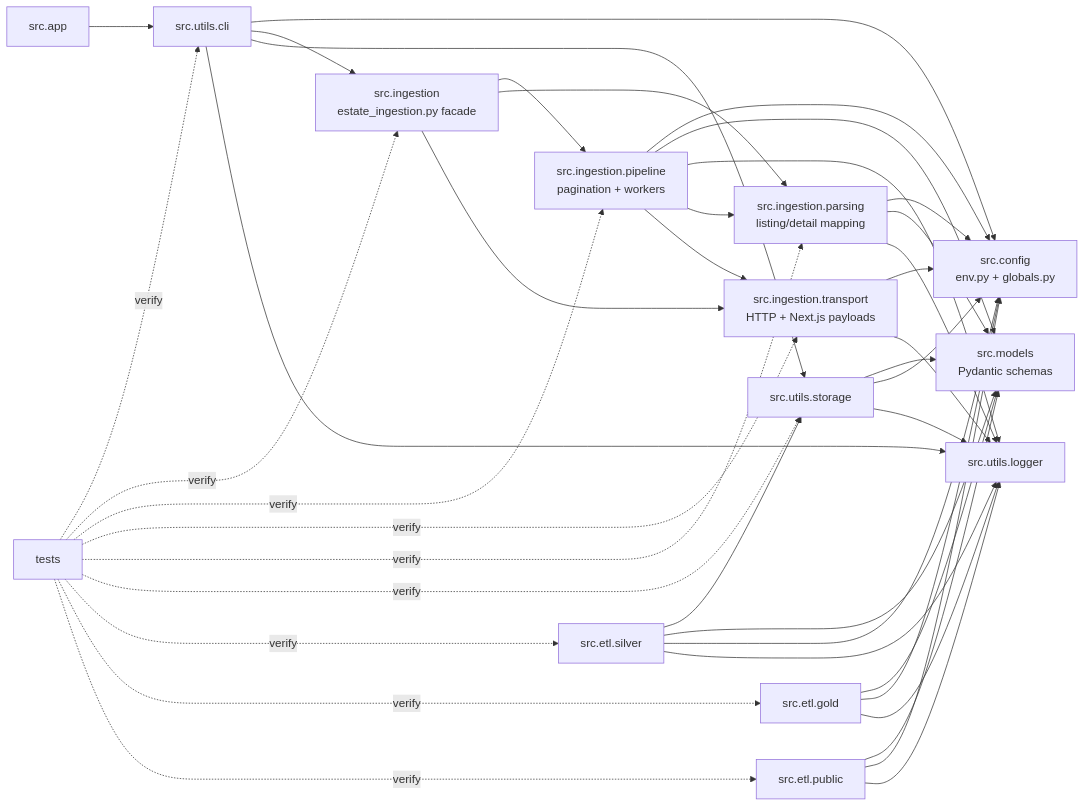
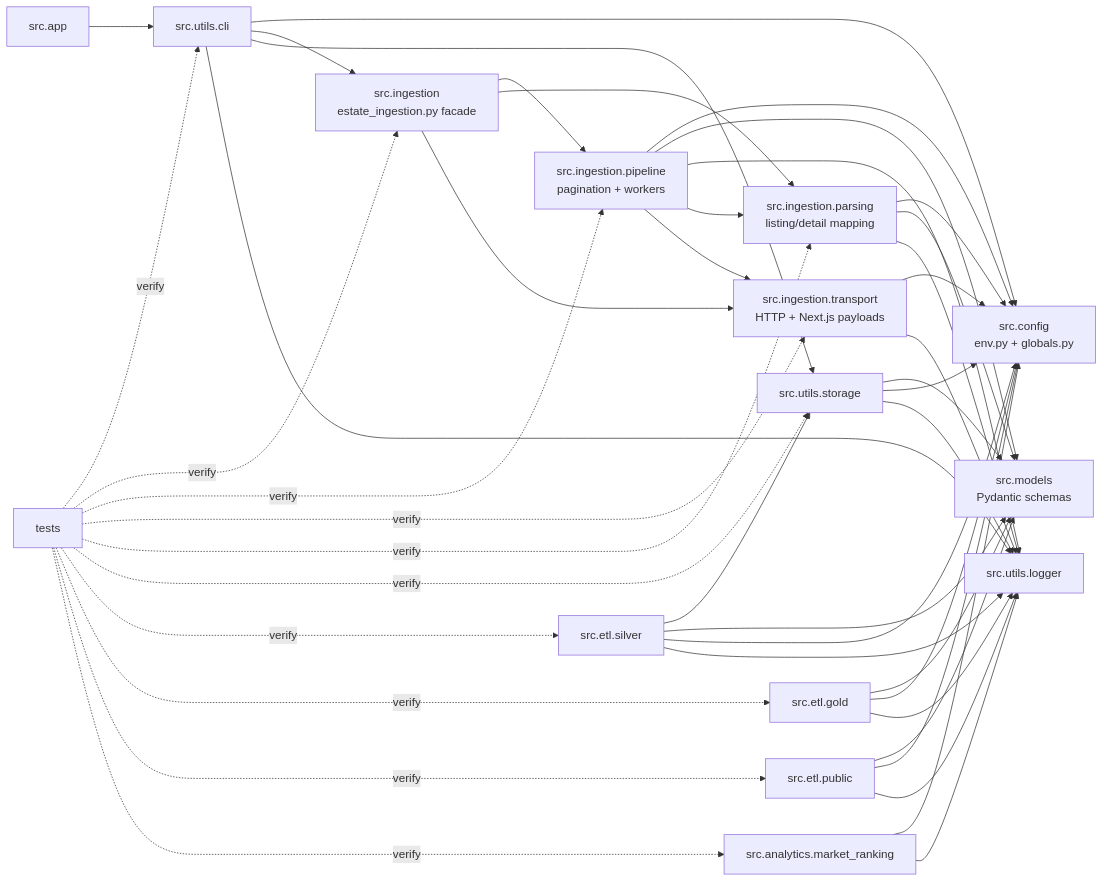
Before and after one commit to bi3lu/polish-real-estate-price-aggregates: the diagram in docs/component-diagram.md, drawn with Mermaid. The commit also changed 8 other files, not shown here.

Commit message:
Add Market Ranking CLI option

````diff
--- a/docs/component-diagram.md
+++ b/docs/component-diagram.md
@@ -3,67 +3,72 @@
 ```mermaid
 flowchart LR
     app[src.app]
     cli[src.utils.cli]
     config[src.config<br/>env.py + globals.py]
     ingestion_facade[src.ingestion<br/>estate_ingestion.py facade]
     ingestion_pipeline[src.ingestion.pipeline<br/>pagination + workers]
     ingestion_transport[src.ingestion.transport<br/>HTTP + Next.js payloads]
     ingestion_parsing[src.ingestion.parsing<br/>listing/detail mapping]
     storage[src.utils.storage]
     logger[src.utils.logger]
     models[src.models<br/>Pydantic schemas]
     silver[src.etl.silver]
     gold[src.etl.gold]
     public[src.etl.public]
+    analytics[src.analytics.market_ranking]
     tests[tests]
 
     app --> cli
     cli --> config
     cli --> ingestion_facade
     cli --> storage
     cli --> logger
 
     ingestion_facade --> ingestion_pipeline
     ingestion_facade --> ingestion_parsing
     ingestion_facade --> ingestion_transport
 
     ingestion_pipeline --> config
     ingestion_pipeline --> models
     ingestion_pipeline --> logger
     ingestion_pipeline --> ingestion_parsing
     ingestion_pipeline --> ingestion_transport
 
     ingestion_transport --> config
     ingestion_transport --> logger
 
     ingestion_parsing --> config
     ingestion_parsing --> models
     ingestion_parsing --> logger
 
     storage --> models
     storage --> config
     storage --> logger
 
     silver --> storage
     silver --> models
     silver --> config
     silver --> logger
 
     gold --> models
     gold --> config
     gold --> logger
 
     public --> models
     public --> config
     public --> logger
 
+    analytics --> config
+    analytics --> logger
+
     tests -. verify .-> cli
     tests -. verify .-> ingestion_facade
     tests -. verify .-> ingestion_pipeline
     tests -. verify .-> ingestion_transport
     tests -. verify .-> ingestion_parsing
     tests -. verify .-> storage
     tests -. verify .-> silver
     tests -. verify .-> gold
     tests -. verify .-> public
+    tests -. verify .-> analytics
 ```
````
